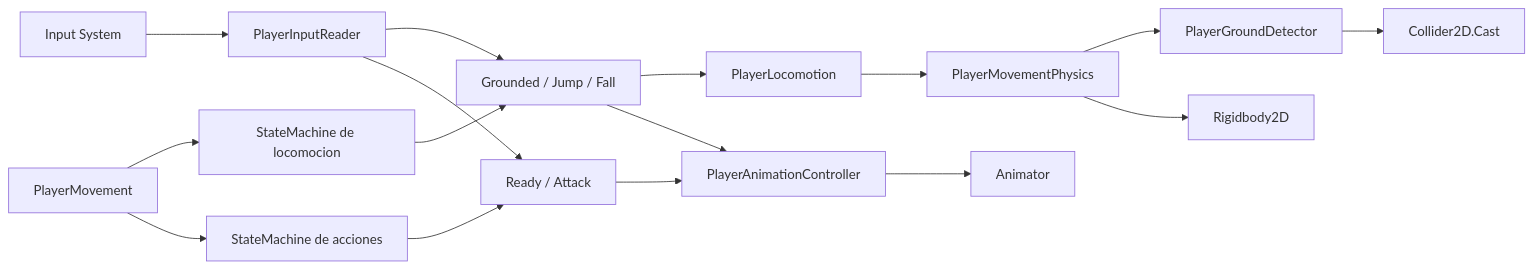
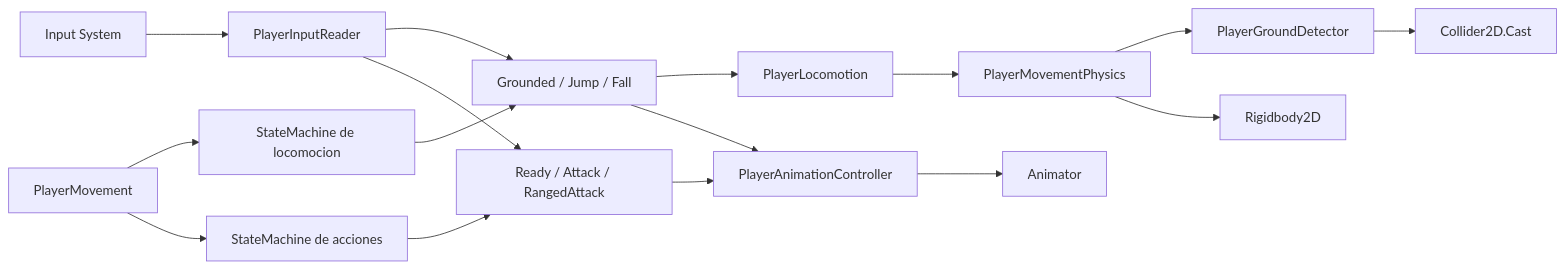
One commit to luc4s92/Parcial2-programacion changed the first of 2 diagrams in Assets/Scripts/Player/README.md. Above: the diagram before and after it, drawn with Mermaid. The commit also changed other lines of this file and 35 other files, not shown here.

````diff
--- a/Assets/Scripts/Player/README.md
+++ b/Assets/Scripts/Player/README.md
@@ -9,18 +9,18 @@
 ```mermaid
 flowchart LR
     InputSystem[Input System] --> InputReader[PlayerInputReader]
     PlayerMovement[PlayerMovement] --> LocomotionMachine[StateMachine de locomocion]
     PlayerMovement --> ActionMachine[StateMachine de acciones]
     LocomotionMachine --> LocomotionState[Grounded / Jump / Fall]
-    ActionMachine --> ActionState[Ready / Attack]
+    ActionMachine --> ActionState[Ready / Attack / RangedAttack]
     InputReader --> LocomotionState
     InputReader --> ActionState
     LocomotionState --> Locomotion[PlayerLocomotion]
     Locomotion --> Physics[PlayerMovementPhysics]
     Physics --> GroundDetector[PlayerGroundDetector]
     GroundDetector --> BodyCollider[Collider2D.Cast]
     Physics --> Rigidbody[Rigidbody2D]
     LocomotionState --> Animation[PlayerAnimationController]
     ActionState --> Animation
     Animation --> Animator[Animator]
 ```
````
